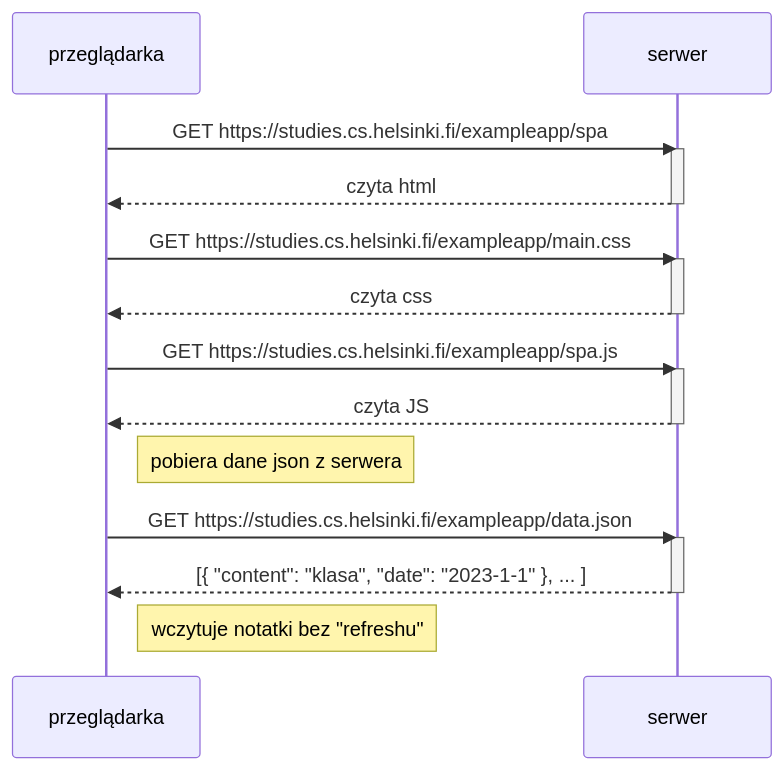
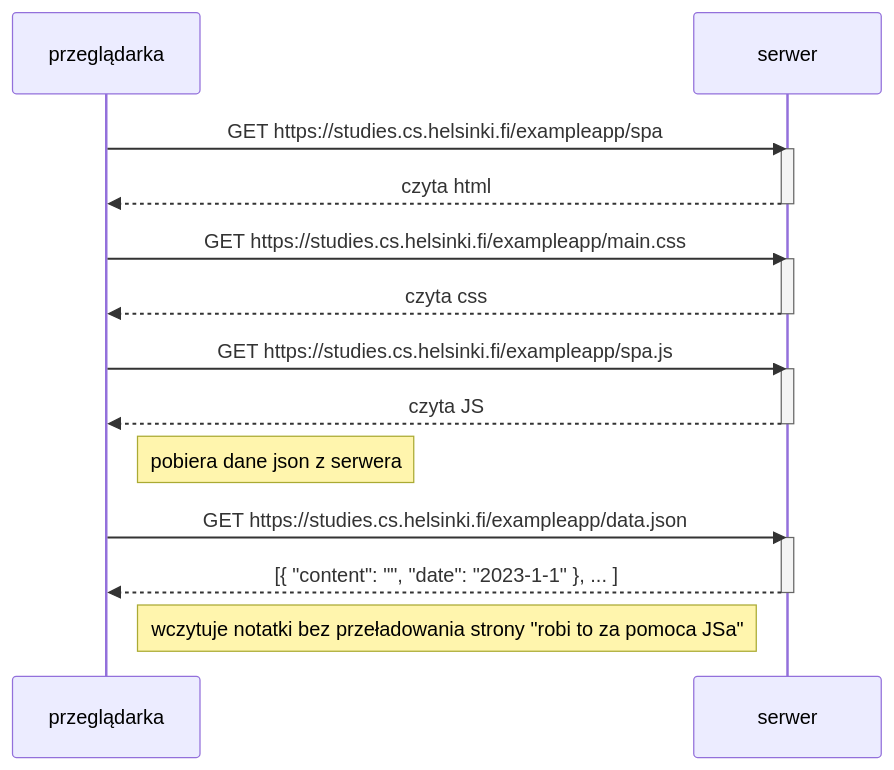
One commit to Layer2843/my-repo changed the diagram in Part0/zad0-5.mmd. Above: the diagram before and after it, drawn with Mermaid.

```diff
--- a/Part0/zad0-5.mmd
+++ b/Part0/zad0-5.mmd
@@ -1,27 +1,27 @@
 sequenceDiagram
     participant przeglądarka
     participant serwer
 
     przeglądarka->>serwer: GET https://studies.cs.helsinki.fi/exampleapp/spa
     activate serwer
     serwer-->>przeglądarka: czyta html
     deactivate serwer
 
     przeglądarka->>serwer: GET https://studies.cs.helsinki.fi/exampleapp/main.css
     activate serwer
     serwer-->>przeglądarka: czyta css
     deactivate serwer
 
     przeglądarka->>serwer: GET https://studies.cs.helsinki.fi/exampleapp/spa.js
     activate serwer
     serwer-->>przeglądarka: czyta JS
     deactivate serwer
 
     Note right of przeglądarka: pobiera dane json z serwera
 
     przeglądarka->>serwer: GET https://studies.cs.helsinki.fi/exampleapp/data.json
     activate serwer
-    serwer-->>przeglądarka: [{ "content": "klasa", "date": "2023-1-1" }, ... ]
+    serwer-->>przeglądarka: [{ "content": "", "date": "2023-1-1" }, ... ]
     deactivate serwer
 
-    Note right of przeglądarka: wczytuje notatki bez "refreshu"
+    Note right of przeglądarka: wczytuje notatki bez przeładowania strony "robi to za pomoca JSa"
```
